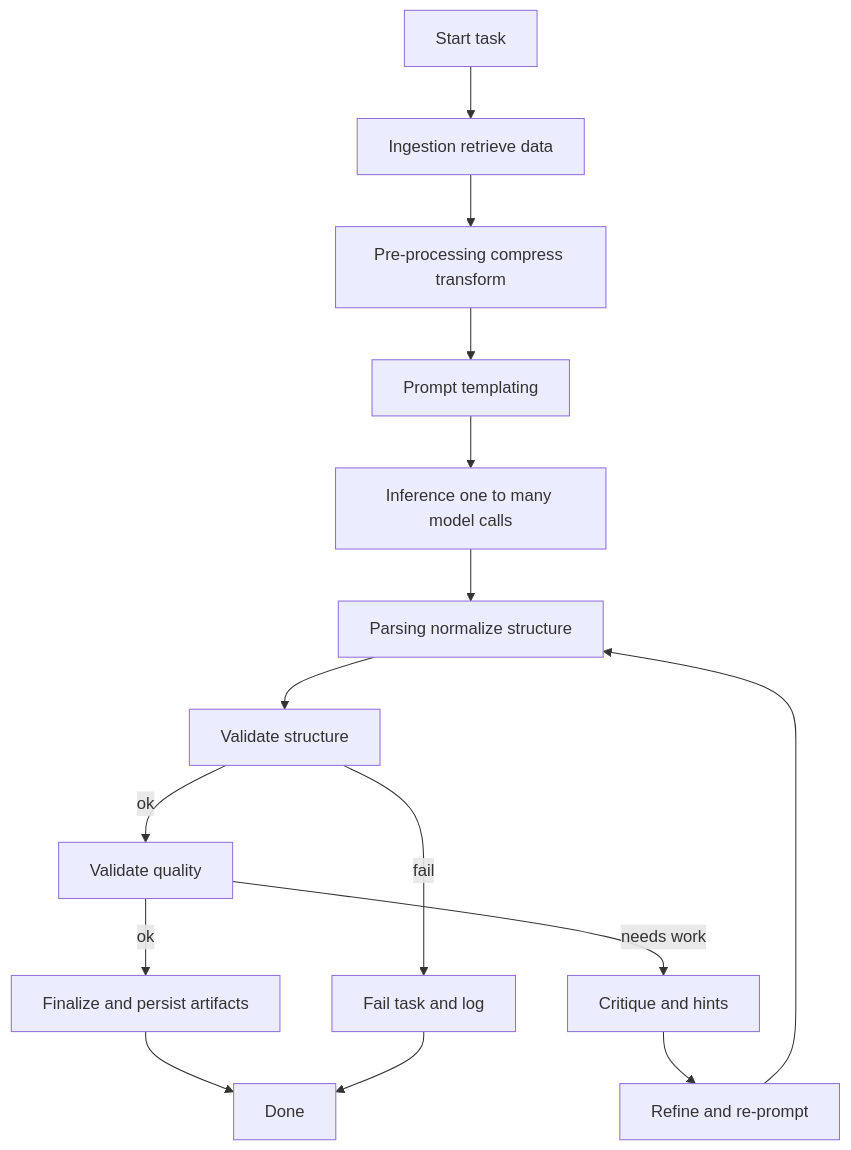
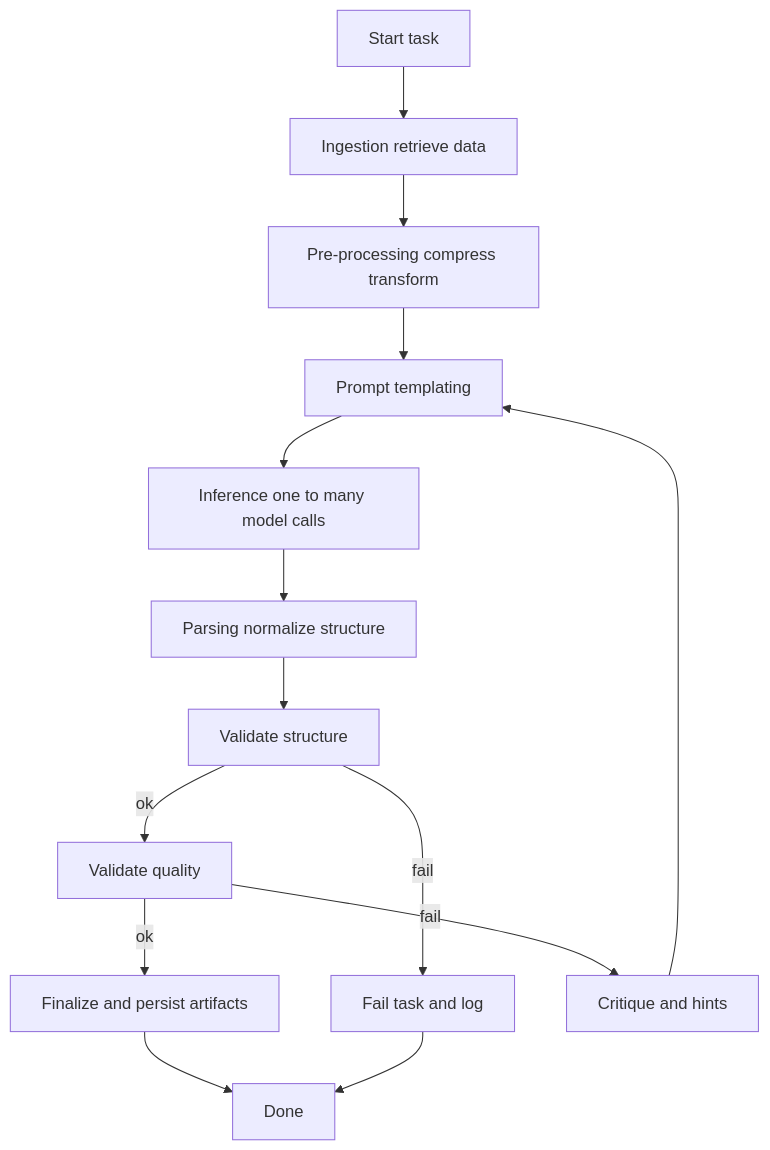
Before and after one commit to ryan-mahoney/prompt-orchestration-pipeline: the second of 2 diagrams in README.md, drawn with Mermaid. The commit also changed other lines of this file, not shown here.

Commit message:
fix logical flow in task runner diagram

````diff
--- a/README.md
+++ b/README.md
@@ -93,17 +96,16 @@
 ```mermaid
 flowchart TD
   S[Start task] --> I1[Ingestion retrieve data]
   I1 --> P1[Pre-processing compress transform]
   P1 --> T1[Prompt templating]
   T1 --> INF[Inference one to many model calls]
   INF --> PAR[Parsing normalize structure]
   PAR --> VS[Validate structure]
   VS -->|ok| VQ[Validate quality]
   VS -->|fail| ERR[Fail task and log]
   VQ -->|ok| FIN[Finalize and persist artifacts]
-  VQ -->|needs work| CRIT[Critique and hints]
-  CRIT --> REF[Refine and re-prompt]
-  REF --> PAR
+  VQ -->|fail| HINTS[Critique and hints]
+  HINTS --> T1
   FIN --> DONE[Done]
   ERR --> DONE
 ```
````
